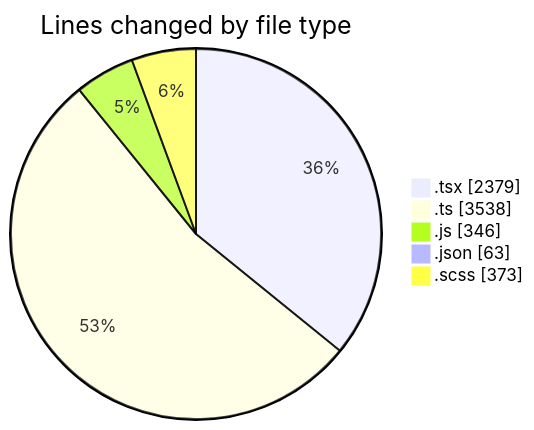
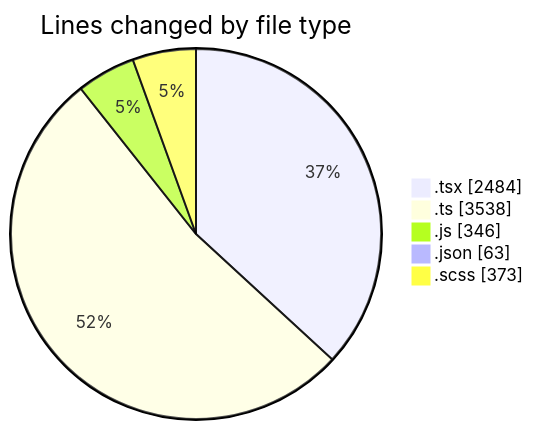
The first of 2 diagrams in 2025-12-01/cda/README.md (momahboobian/code-tracking), drawn with Mermaid before and after one commit. The commit also changed other lines of this file and 1 other file, not shown here.

````diff
--- a/2025-12-01/cda/README.md
+++ b/2025-12-01/cda/README.md
@@ -33,9 +33,9 @@
 ```mermaid
 pie showData
 title Lines changed by file type
-".tsx" : 2379
+".tsx" : 2484
 ".ts" : 3538
 ".js" : 346
 ".json" : 63
 ".scss" : 373
 ```
````
